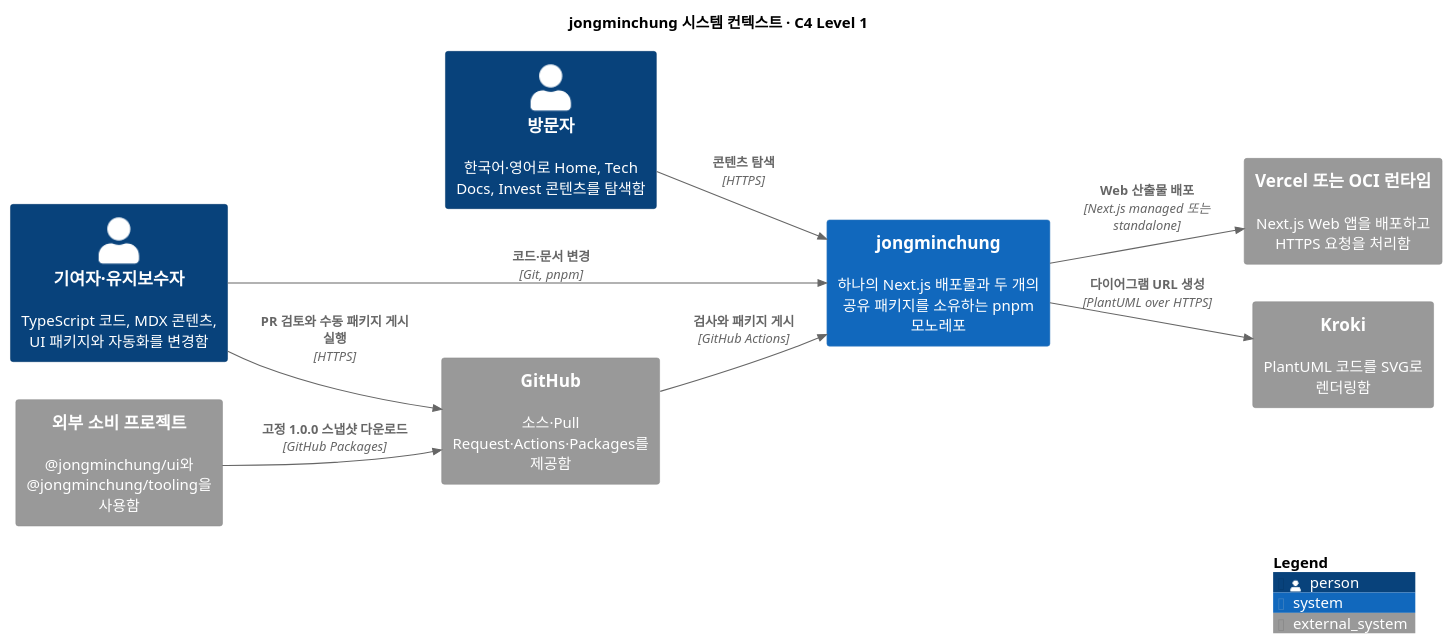
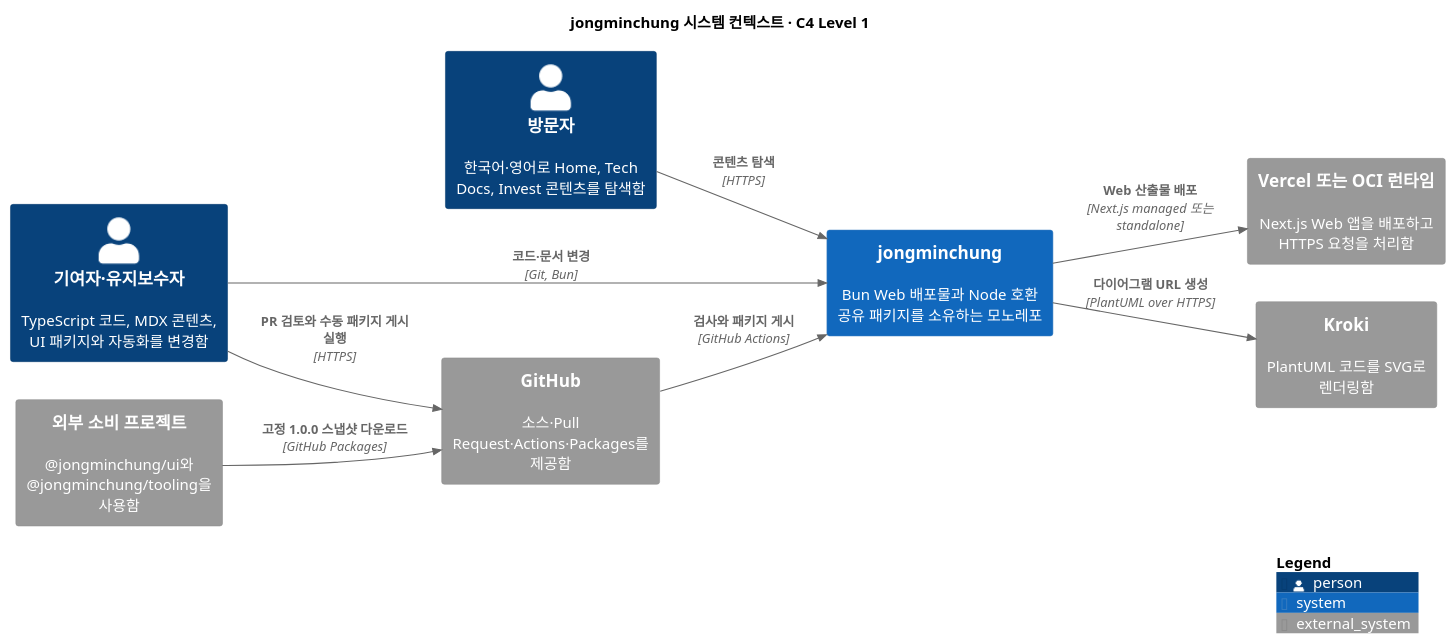
The diagram in docs/diagrams/onboarding-context.puml (jongminchung/jongminchung), drawn with PlantUML before and after one commit. The commit also changed 241 other files, not shown here.

```diff
--- a/docs/diagrams/onboarding-context.puml
+++ b/docs/diagrams/onboarding-context.puml
@@ -1,25 +1,25 @@
 @startuml
 !include <C4/C4_Context>
 
 title jongminchung 시스템 컨텍스트 · C4 Level 1
 
 LAYOUT_LEFT_RIGHT()
 
 Person(visitor, "방문자", "한국어·영어로 Home, Tech Docs, Invest 콘텐츠를 탐색함")
 Person(maintainer, "기여자·유지보수자", "TypeScript 코드, MDX 콘텐츠, UI 패키지와 자동화를 변경함")
-System(jongminchung, "jongminchung", "하나의 Next.js 배포물과 두 개의 공유 패키지를 소유하는 pnpm 모노레포")
+System(jongminchung, "jongminchung", "Bun Web 배포물과 Node 호환 공유 패키지를 소유하는 모노레포")
 System_Ext(github, "GitHub", "소스·Pull Request·Actions·Packages를 제공함")
 System_Ext(vercel, "Vercel 또는 OCI 런타임", "Next.js Web 앱을 배포하고 HTTPS 요청을 처리함")
 System_Ext(kroki, "Kroki", "PlantUML 코드를 SVG로 렌더링함")
 System_Ext(consumer, "외부 소비 프로젝트", "@jongminchung/ui와 @jongminchung/tooling을 사용함")
 
 Rel(visitor, jongminchung, "콘텐츠 탐색", "HTTPS")
-Rel(maintainer, jongminchung, "코드·문서 변경", "Git, pnpm")
+Rel(maintainer, jongminchung, "코드·문서 변경", "Git, Bun")
 Rel(maintainer, github, "PR 검토와 수동 패키지 게시 실행", "HTTPS")
 Rel(github, jongminchung, "검사와 패키지 게시", "GitHub Actions")
 Rel(jongminchung, vercel, "Web 산출물 배포", "Next.js managed 또는 standalone")
 Rel(jongminchung, kroki, "다이어그램 URL 생성", "PlantUML over HTTPS")
 Rel(consumer, github, "고정 1.0.0 스냅샷 다운로드", "GitHub Packages")
 
 SHOW_LEGEND()
 @enduml
```
